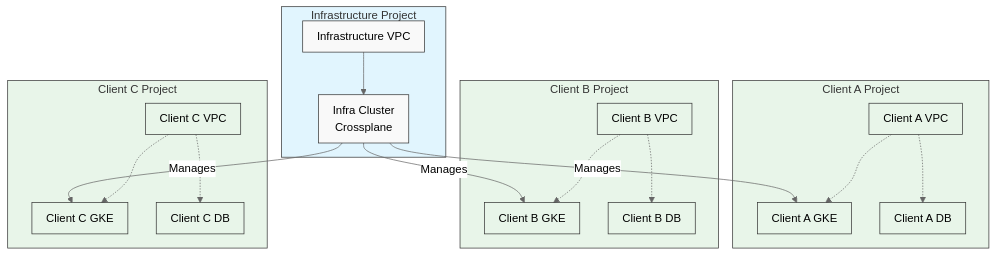
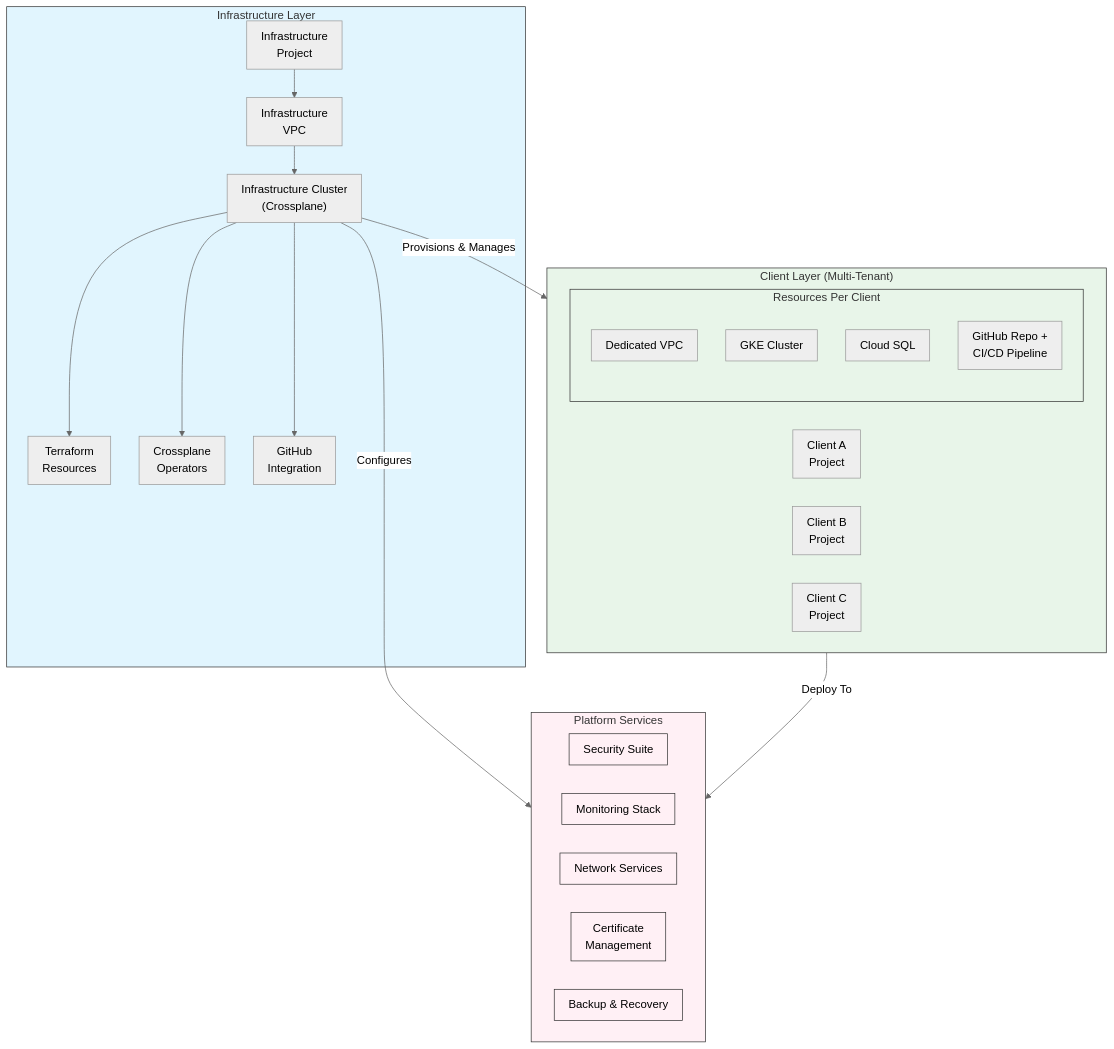
Before and after one commit to Mdaftab/infra-Platform-for-B2B: the first of 3 diagrams in README.md, drawn with Mermaid. The commit also changed other lines of this file, not shown here.

Commit message:
Simplify architectural diagrams and add high-level future roadmap

````diff
--- a/README.md
+++ b/README.md
@@ -23,48 +23,45 @@
 ```mermaid
 %%{init: {'theme': 'neutral', 'flowchart': { 'curve': 'basis', 'nodeSpacing': 40, 'rankSpacing': 40, 'padding': 10 }}}%%
 graph TB
-    subgraph IP[Infrastructure Project]
-        IS[Infrastructure VPC]
-        IC[Infra Cluster<br>Crossplane]
-        
-        IS --> IC
+    subgraph Core["Infrastructure Layer"]
+        CP["Infrastructure<br>Project"] --> IVP["Infrastructure<br>VPC"]
+        IVP --> ICL["Infrastructure Cluster<br>(Crossplane)"]
+        ICL --> TF["Terraform<br>Resources"]
+        ICL --> XP["Crossplane<br>Operators"]
+        ICL --> GH["GitHub<br>Integration"]
     end
     
-    subgraph CP1[Client A Project]
-        CA1[Client A VPC]
-        CA2[Client A GKE]
-        CA3[Client A DB]
+    subgraph Clients["Client Layer (Multi-Tenant)"]
+        C1["Client A<br>Project"]
+        C2["Client B<br>Project"]
+        C3["Client C<br>Project"]
         
-        CA1 -.-> CA2
-        CA1 -.-> CA3
+        subgraph Resources["Resources Per Client"]
+            VPC["Dedicated VPC"]
+            GKE["GKE Cluster"]
+            CSQ["Cloud SQL"]
+            GHR["GitHub Repo +<br>CI/CD Pipeline"]
+        end
     end
     
-    subgraph CP2[Client B Project]
-        CB1[Client B VPC]
-        CB2[Client B GKE]
-        CB3[Client B DB]
-        
-        CB1 -.-> CB2
-        CB1 -.-> CB3
+    subgraph Addons["Platform Services"]
+        direction LR
+        SEC["Security Suite"]
+        MON["Monitoring Stack"]
+        NET["Network Services"]
+        CER["Certificate<br>Management"]
+        DR["Backup & Recovery"]
     end
     
-    subgraph CP3[Client C Project]
-        CC1[Client C VPC]
-        CC2[Client C GKE]
-        CC3[Client C DB]
-        
-        CC1 -.-> CC2
-        CC1 -.-> CC3
-    end
+    ICL -->|Provisions & Manages| Clients
+    ICL -->|Configures| Addons
+    Clients -->|Deploy To| Addons
     
-    IC -->|Manages| CA2
-    IC -->|Manages| CB2
-    IC -->|Manages| CC2
+    classDef core fill:#e1f5fe,stroke:#333,stroke-width:1px;
+    classDef clients fill:#e8f5e9,stroke:#333,stroke-width:1px;
+    classDef addons fill:#fff0f5,stroke:#333,stroke-width:1px;
     
-    classDef default fill:#f9f9f9,stroke:#333,stroke-width:1px;
-    classDef infra fill:#e1f5fe,stroke:#333,stroke-width:1px;
-    classDef client fill:#e8f5e9,stroke:#333,stroke-width:1px;
-    
-    class IP infra;
-    class CP1,CP2,CP3,CA1,CA2,CA3,CB1,CB2,CB3,CC1,CC2,CC3 client;
+    class Core core;
+    class Clients,Resources clients;
+    class Addons,SEC,MON,NET,CER,DR addons;
 ```
````
